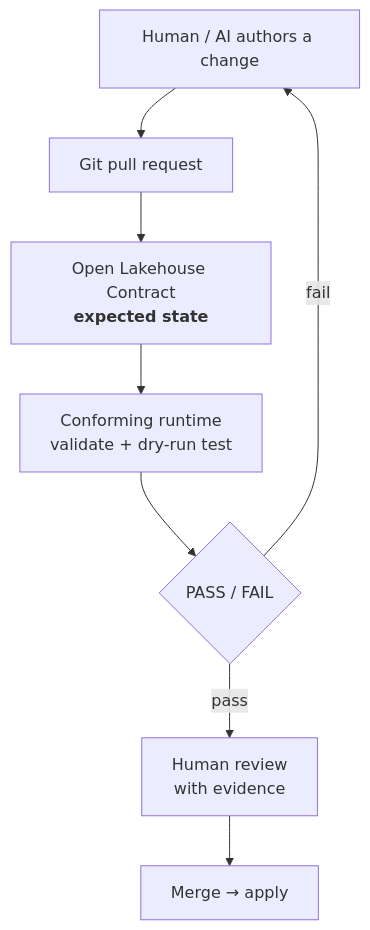
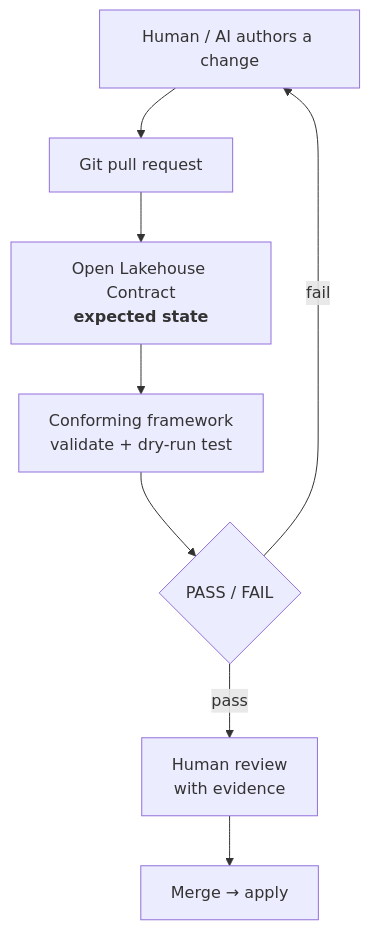
One commit to LakeLogic/open-lakehouse-contract changed the second of 3 diagrams in docs/concepts/agent-workflow.md. Above: the diagram before and after it, drawn with Mermaid. The commit also changed other lines of this file and 32 other files, not shown here.

````diff
--- a/docs/concepts/agent-workflow.md
+++ b/docs/concepts/agent-workflow.md
@@ -120,10 +120,10 @@
 ```mermaid
 flowchart TD
     C[Human / AI authors a change] --> PR[Git pull request]
     PR --> OLC[Open Lakehouse Contract<br/><b>expected state</b>]
-    OLC --> RT[Conforming runtime<br/>validate + dry-run test]
+    OLC --> RT[Conforming framework<br/>validate + dry-run test]
     RT --> V{PASS / FAIL}
     V -- fail --> C
     V -- pass --> H[Human review<br/>with evidence]
     H --> M[Merge → apply]
 ```
````
